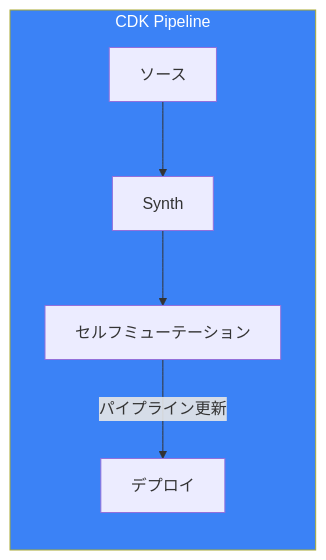
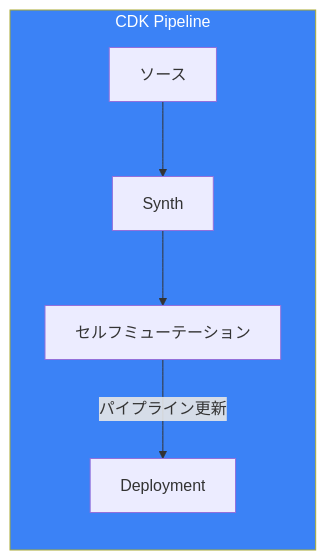
One commit to shunkus/shunku.net changed the fourth of 5 diagrams in content/blog/ja/aws-cdk-practical-guide.md. Above: the diagram before and after it, drawn with Mermaid. The commit also changed other lines of this file and 56 other files, not shown here.

````diff
--- a/content/blog/ja/aws-cdk-practical-guide.md
+++ b/content/blog/ja/aws-cdk-practical-guide.md
@@ -409,15 +409,15 @@
 ```mermaid
 flowchart LR
     subgraph Pipeline["CDK Pipeline"]
         Source["ソース"]
         Synth["Synth"]
         SelfMutate["セルフミューテーション"]
-        Deploy["デプロイ"]
+        Deploy["Deployment"]
     end
 
     Source --> Synth
     Synth --> SelfMutate
     SelfMutate --> |"パイプライン更新"| Deploy
 
     style Pipeline fill:#3b82f6,color:#fff
 ```
````
